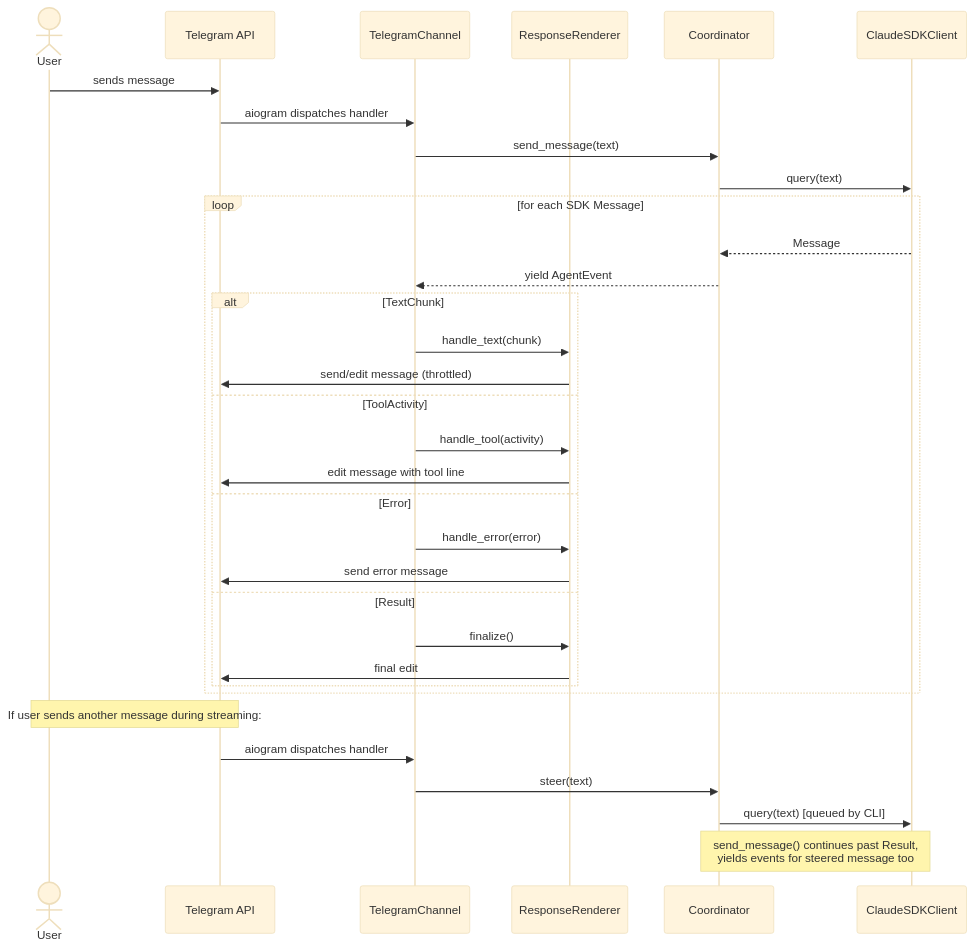
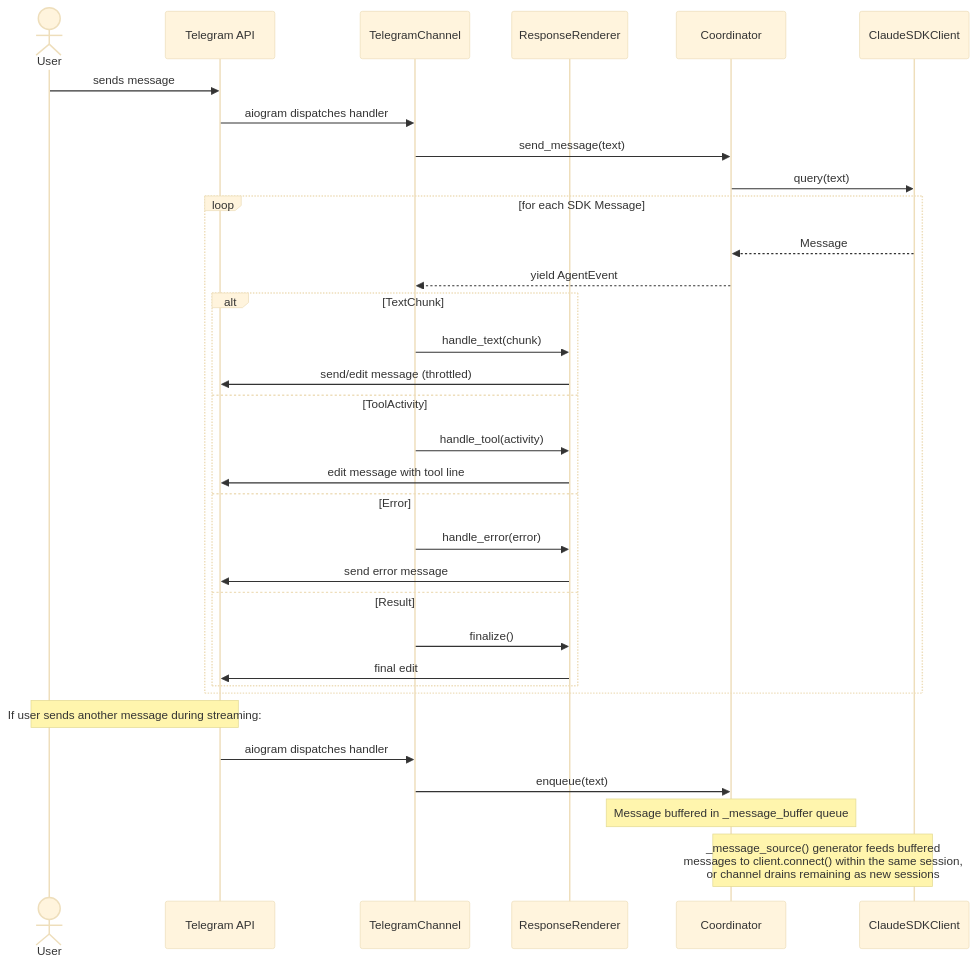
The diagram in docs/feature-designs/channels/telegram.md (asermax/tachikoma), drawn with Mermaid (base theme) before and after one commit. The commit also changed other lines of this file and 4 other files, not shown here.

First line of the commit message:
docs(coordinator): update feature docs for message buffer mechanism

````diff
--- a/docs/feature-designs/channels/telegram.md
+++ b/docs/feature-designs/channels/telegram.md
@@ -100,39 +100,39 @@
 ```mermaid
 sequenceDiagram
     actor User
     participant TG as Telegram API
     participant Channel as TelegramChannel
     participant Renderer as ResponseRenderer
     participant Coord as Coordinator
     participant SDK as ClaudeSDKClient
 
     User->>TG: sends message
     TG->>Channel: aiogram dispatches handler
     Channel->>Coord: send_message(text)
     Coord->>SDK: query(text)
 
     loop for each SDK Message
         SDK-->>Coord: Message
         Coord-->>Channel: yield AgentEvent
 
         alt TextChunk
             Channel->>Renderer: handle_text(chunk)
             Renderer->>TG: send/edit message (throttled)
         else ToolActivity
             Channel->>Renderer: handle_tool(activity)
             Renderer->>TG: edit message with tool line
         else Error
             Channel->>Renderer: handle_error(error)
             Renderer->>TG: send error message
         else Result
             Channel->>Renderer: finalize()
             Renderer->>TG: final edit
         end
     end
 
     Note over User,TG: If user sends another message during streaming:
     TG->>Channel: aiogram dispatches handler
-    Channel->>Coord: steer(text)
-    Coord->>SDK: query(text) [queued by CLI]
-    Note over Coord,SDK: send_message() continues past Result,<br/>yields events for steered message too
+    Channel->>Coord: enqueue(text)
+    Note over Coord: Message buffered in _message_buffer queue
+    Note over Coord,SDK: _message_source() generator feeds buffered<br/>messages to client.connect() within the same session,<br/>or channel drains remaining as new sessions
 ```
````
